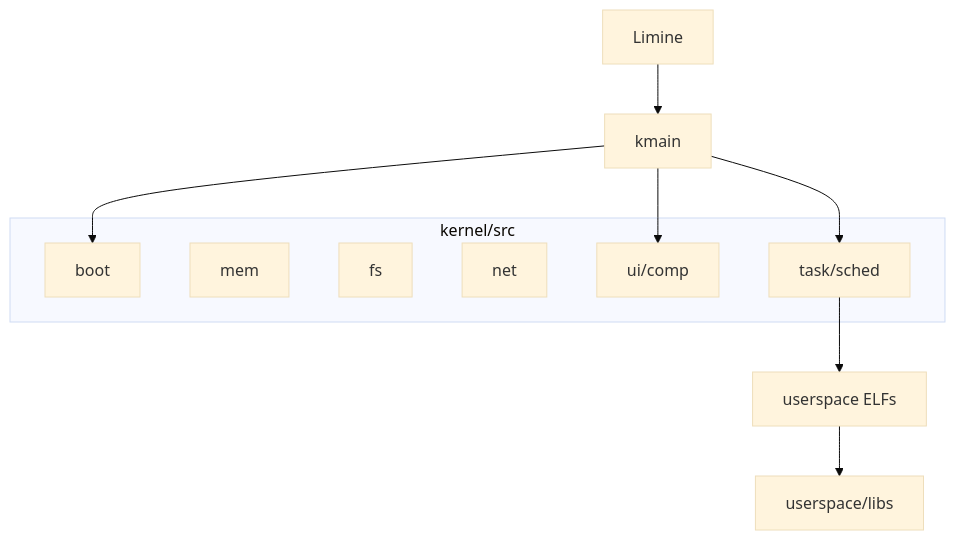
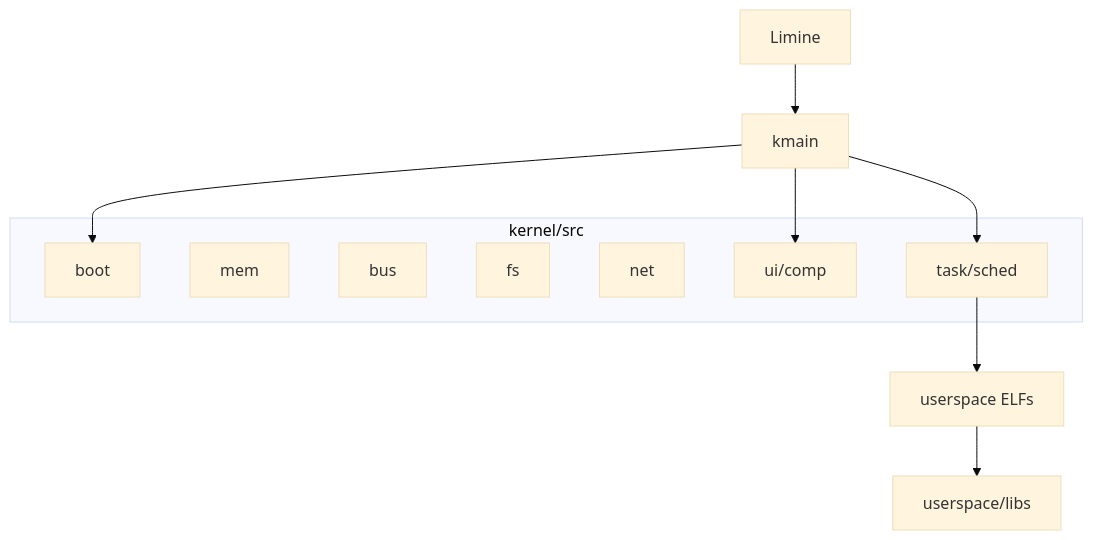
Before and after one commit to coeleo-dev/coeleo-os: the diagram in docs/contrib/architecture.md, drawn with Mermaid (base theme). The commit also changed other lines of this file and 102 other files, not shown here.

````diff
--- a/docs/contrib/architecture.md
+++ b/docs/contrib/architecture.md
@@ -9,21 +9,22 @@
 ```mermaid
 flowchart TB
   limine[Limine]
   kmain[kmain]
   subgraph kernelDom [kernel/src]
     boot[boot]
     mem[mem]
+    busDom[bus]
     fsDom[fs]
     netDom[net]
     ui[ui/comp]
     task[task/sched]
   end
   us[userspace ELFs]
   libs[userspace/libs]
   limine --> kmain
   kmain --> boot
   kmain --> ui
   kmain --> task
   us --> libs
   task --> us
 ```
````
